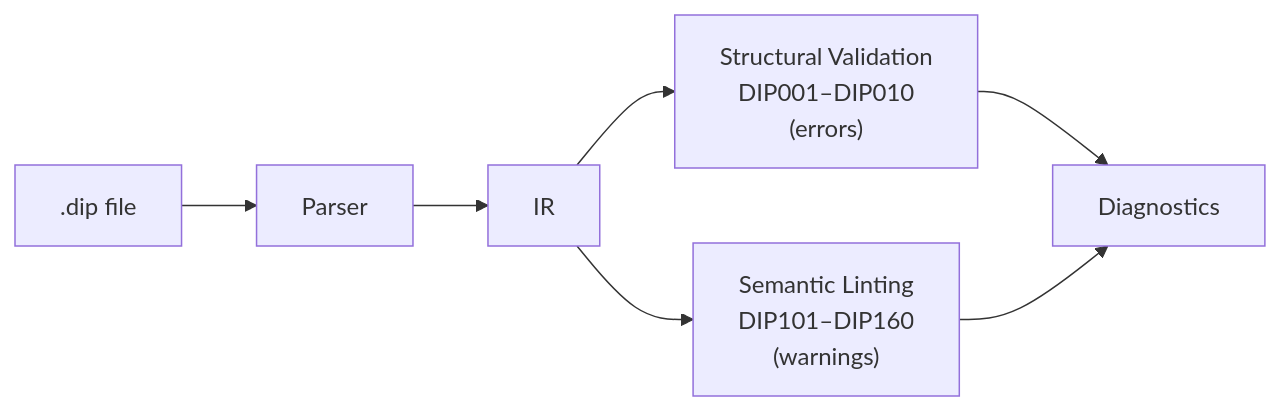
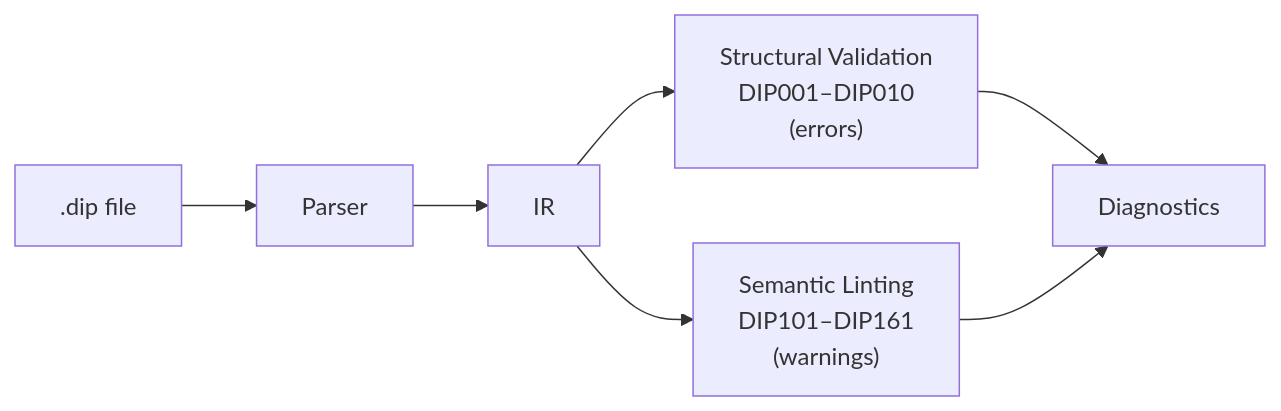
One commit to 2389-research/dippin-lang changed the diagram in docs/validation.md. Above: the diagram before and after it, drawn with Mermaid. The commit also changed other lines of this file and 31 other files, not shown here.

````diff
--- a/docs/validation.md
+++ b/docs/validation.md
@@ -10,9 +10,9 @@
 ```mermaid
 graph LR
     SRC[".dip file"] --> PARSE["Parser"]
     PARSE --> IR["IR"]
     IR --> VAL["Structural Validation<br>DIP001–DIP010<br>(errors)"]
-    IR --> LINT["Semantic Linting<br>DIP101–DIP160<br>(warnings)"]
+    IR --> LINT["Semantic Linting<br>DIP101–DIP161<br>(warnings)"]
     VAL --> DIAG["Diagnostics"]
     LINT --> DIAG
 ```
````
